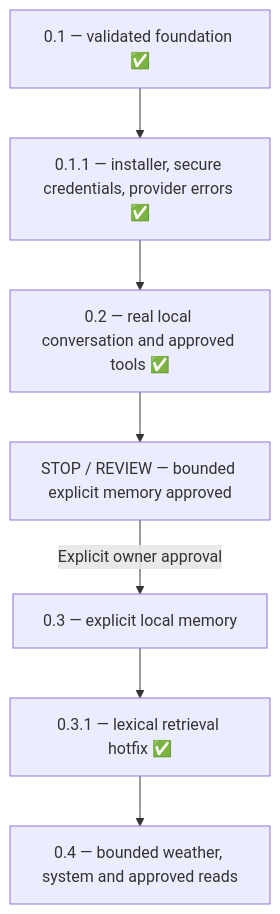
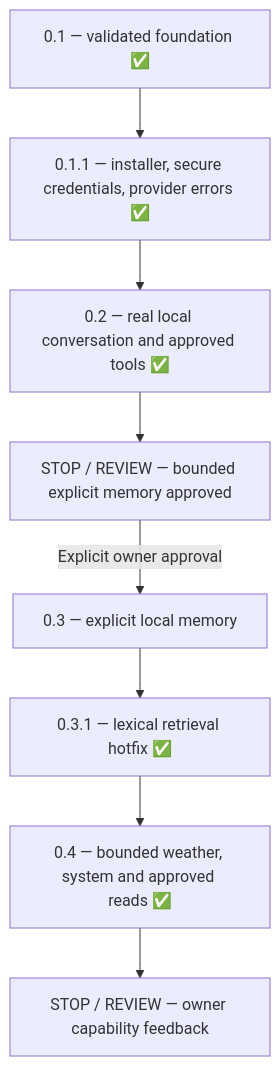
The diagram in docs/ROADMAP.md (Google-Stein/KAT), drawn with Mermaid before and after one commit. The commit also changed other lines of this file and 1 other file, not shown here.

````diff
--- a/docs/ROADMAP.md
+++ b/docs/ROADMAP.md
@@ -8,9 +8,10 @@
 ```mermaid
 flowchart TD
   Foundation["0.1 — validated foundation ✅"] --> Installed["0.1.1 — installer, secure credentials, provider errors ✅"]
   Installed --> Local["0.2 — real local conversation and approved tools ✅"]
   Local --> Review["STOP / REVIEW — bounded explicit memory approved"]
   Review -->|"Explicit owner approval"| Intelligence["0.3 — explicit local memory"]
   Intelligence --> Retrieval["0.3.1 — lexical retrieval hotfix ✅"]
-  Retrieval --> Capabilities["0.4 — bounded weather, system and approved reads"]
+  Retrieval --> Capabilities["0.4 — bounded weather, system and approved reads ✅"]
+  Capabilities --> OwnerReview["STOP / REVIEW — owner capability feedback"]
 ```
````
